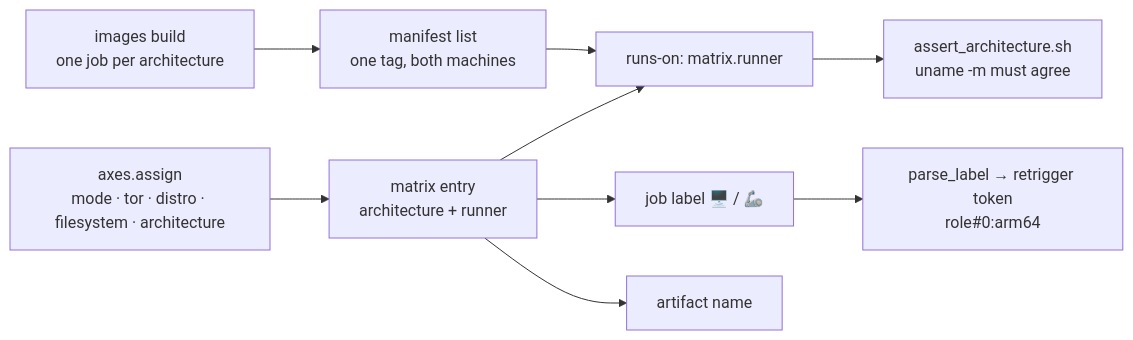
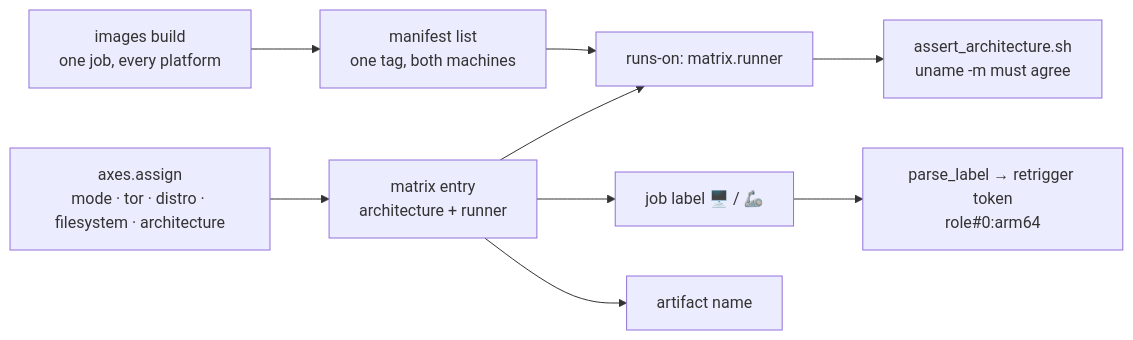
Before and after one commit to infinito-nexus/core: the diagram in docs/architecture/decisions/0002-ci-architecture-axis.md, drawn with Mermaid. The commit also changed other lines of this file and 5 other files, not shown here.

First line of the commit message:
feat(images): build every architecture of a distro in one job and one tag

````diff
--- a/docs/architecture/decisions/0002-ci-architecture-axis.md
+++ b/docs/architecture/decisions/0002-ci-architecture-axis.md
@@ -76,11 +76,11 @@
 ```mermaid
 flowchart LR
     A["axes.assign<br/>mode · tor · distro · filesystem · architecture"] --> E["matrix entry<br/>architecture + runner"]
     E --> R["runs-on: matrix.runner"]
     E --> L["job label 🖥️ / 🦾"]
     E --> T["artifact name"]
     R --> V["assert_architecture.sh<br/>uname -m must agree"]
     L --> F["parse_label → retrigger token<br/>role#0:arm64"]
-    B["images build<br/>one job per architecture"] --> M["manifest list<br/>one tag, both machines"]
+    B["images build<br/>one job, every platform"] --> M["manifest list<br/>one tag, both machines"]
     M --> R
 ```
````
